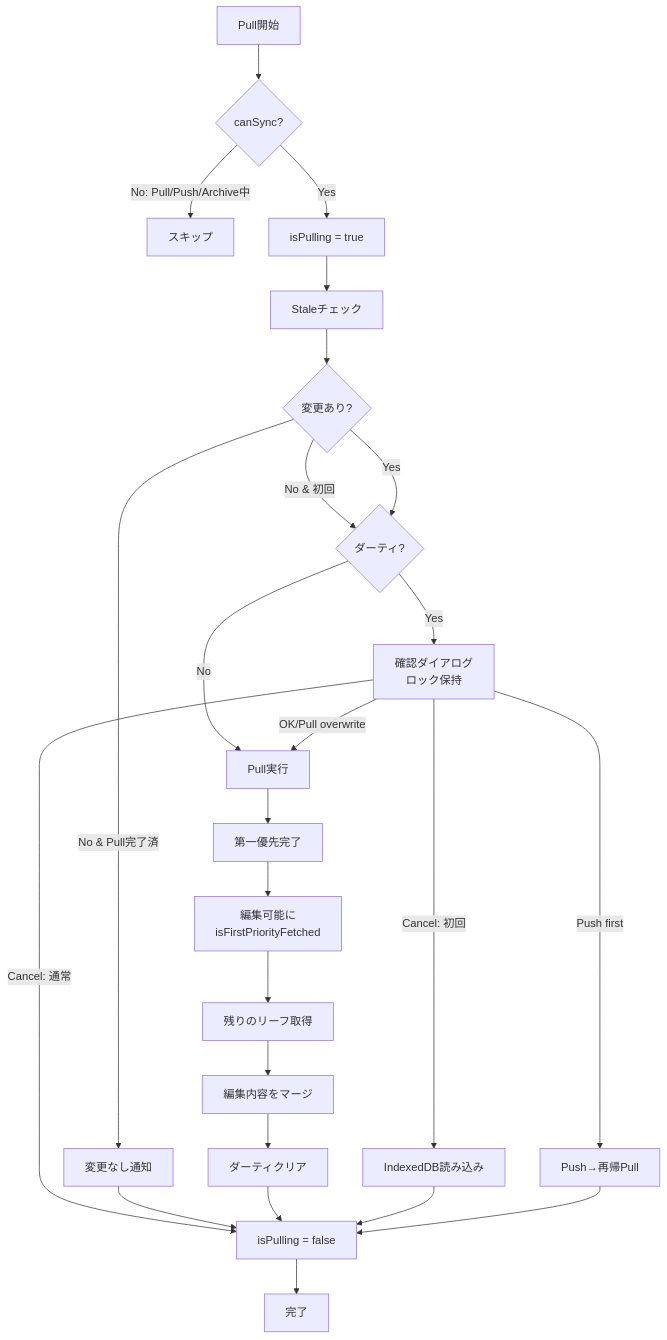
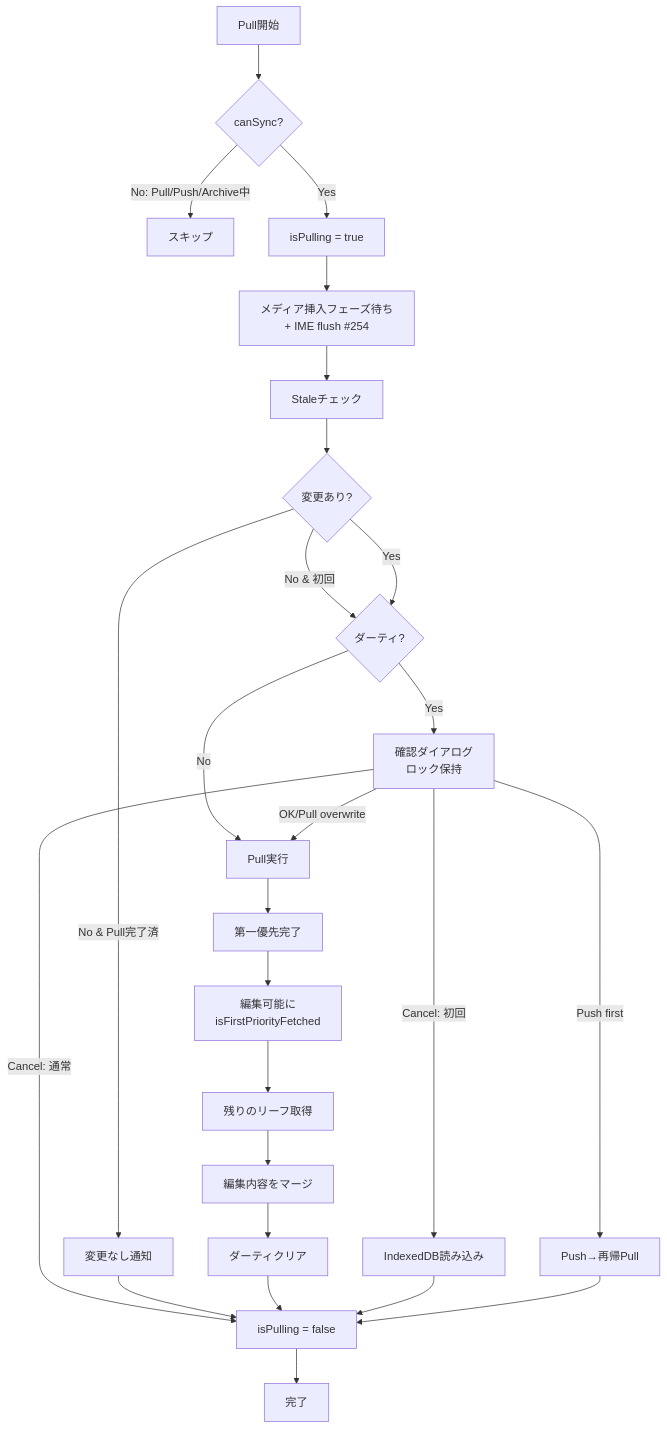
The second of 6 diagrams in docs/development/sync/push-pull.md (kako-jun/agasteer), drawn with Mermaid before and after one commit. The commit also changed other lines of this file and 9 other files, not shown here.

````diff
--- a/docs/development/sync/push-pull.md
+++ b/docs/development/sync/push-pull.md
@@ -222,27 +233,28 @@
 ```mermaid
 flowchart TD
     Start[Pull開始] --> Check1{canSync?}
     Check1 -->|No: Pull/Push/Archive中| End1[スキップ]
     Check1 -->|Yes| Lock[isPulling = true]
-    Lock --> Stale[Staleチェック]
+    Lock --> MediaWait[メディア挿入フェーズ待ち<br/>+ IME flush #254]
+    MediaWait --> Stale[Staleチェック]
     Stale --> Check3{変更あり?}
     Check3 -->|No & Pull完了済| Msg[変更なし通知]
     Check3 -->|No & 初回| Check2
     Check3 -->|Yes| Check2{ダーティ?}
     Check2 -->|Yes| Confirm[確認ダイアログ<br/>ロック保持]
     Check2 -->|No| Pull[Pull実行]
     Confirm -->|OK/Pull overwrite| Pull
     Confirm -->|Push first| PushFirst[Push→再帰Pull]
     Confirm -->|Cancel: 初回| Cancel1[IndexedDB読み込み]
     Confirm -->|Cancel: 通常| Unlock
     Msg --> Unlock
     Pull --> Priority[第一優先完了]
     Priority --> Edit[編集可能に<br/>isFirstPriorityFetched]
     Edit --> Rest[残りのリーフ取得]
     Rest --> Merge[編集内容をマージ]
     Merge --> Clear[ダーティクリア]
     Clear --> Unlock[isPulling = false]
     Cancel1 --> Unlock
     PushFirst --> Unlock
     Unlock --> End2[完了]
 ```
````
